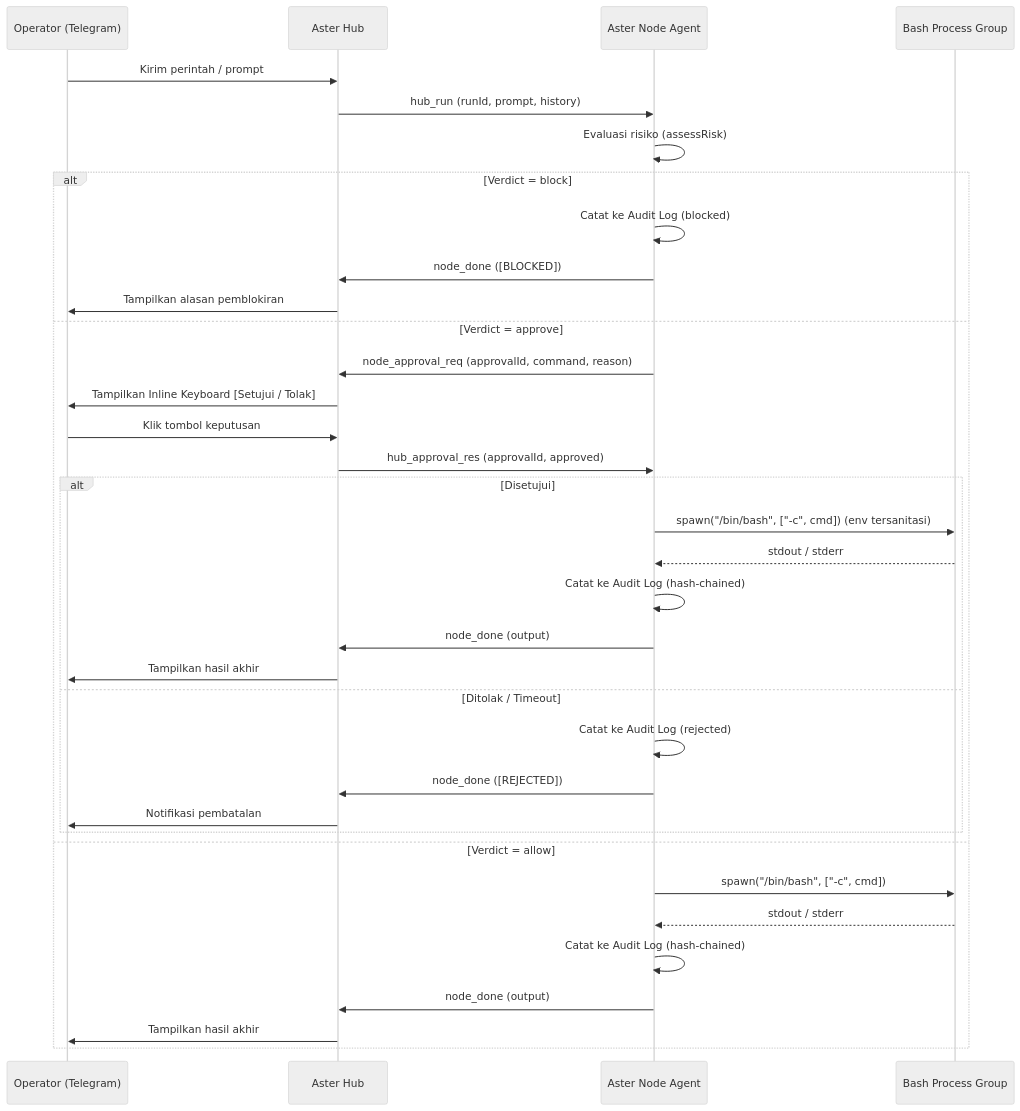
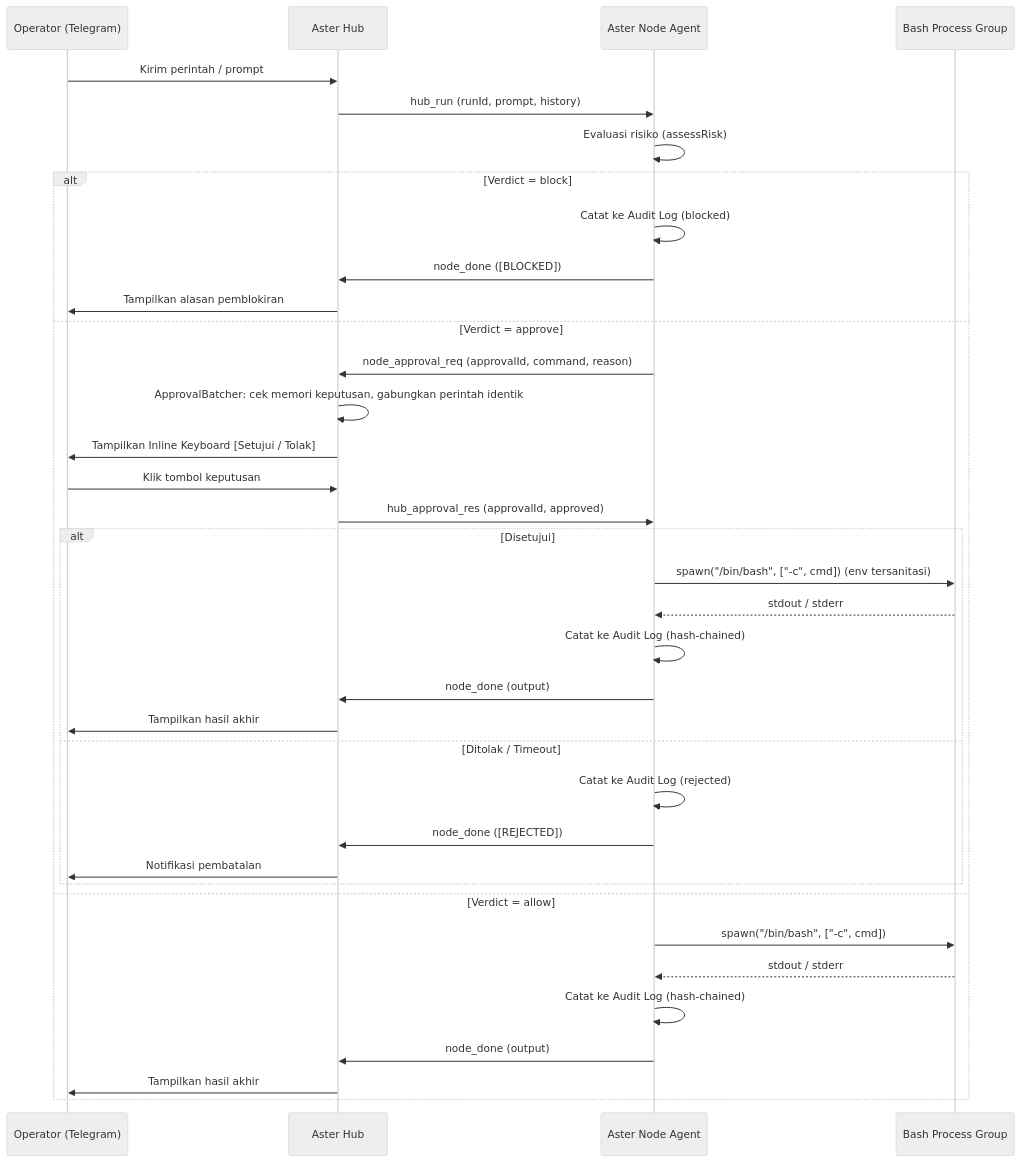
The diagram in docs/architecture.md (willtanoe/sysagent), drawn with Mermaid (neutral theme) before and after one commit. The commit also changed other lines of this file and 5 other files, not shown here.

First line of the commit message:
docs: sinkronkan dokumentasi dengan kode (batch approval, embedded hub, env, tes)

````diff
--- a/docs/architecture.md
+++ b/docs/architecture.md
@@ -39,38 +53,39 @@
 ```mermaid
 sequenceDiagram
     participant Admin as Operator (Telegram)
     participant Hub as Aster Hub
     participant Node as Aster Node Agent
     participant Shell as Bash Process Group
 
     Admin->>Hub: Kirim perintah / prompt
     Hub->>Node: hub_run (runId, prompt, history)
     Node->>Node: Evaluasi risiko (assessRisk)
     alt Verdict = block
         Node->>Node: Catat ke Audit Log (blocked)
         Node->>Hub: node_done ([BLOCKED])
         Hub->>Admin: Tampilkan alasan pemblokiran
     else Verdict = approve
         Node->>Hub: node_approval_req (approvalId, command, reason)
+        Hub->>Hub: ApprovalBatcher: cek memori keputusan, gabungkan perintah identik
         Hub->>Admin: Tampilkan Inline Keyboard [Setujui / Tolak]
         Admin->>Hub: Klik tombol keputusan
         Hub->>Node: hub_approval_res (approvalId, approved)
         alt Disetujui
             Node->>Shell: spawn("/bin/bash", ["-c", cmd]) (env tersanitasi)
             Shell-->>Node: stdout / stderr
             Node->>Node: Catat ke Audit Log (hash-chained)
             Node->>Hub: node_done (output)
             Hub->>Admin: Tampilkan hasil akhir
         else Ditolak / Timeout
             Node->>Node: Catat ke Audit Log (rejected)
             Node->>Hub: node_done ([REJECTED])
             Hub->>Admin: Notifikasi pembatalan
         end
     else Verdict = allow
         Node->>Shell: spawn("/bin/bash", ["-c", cmd])
         Shell-->>Node: stdout / stderr
         Node->>Node: Catat ke Audit Log (hash-chained)
         Node->>Hub: node_done (output)
         Hub->>Admin: Tampilkan hasil akhir
     end
 ```
````
